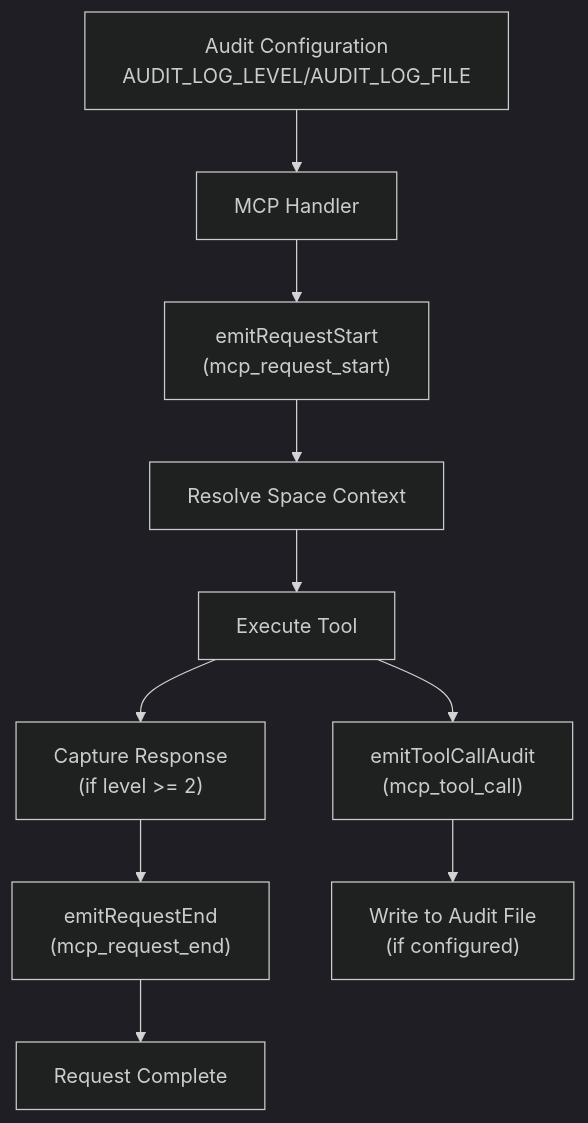
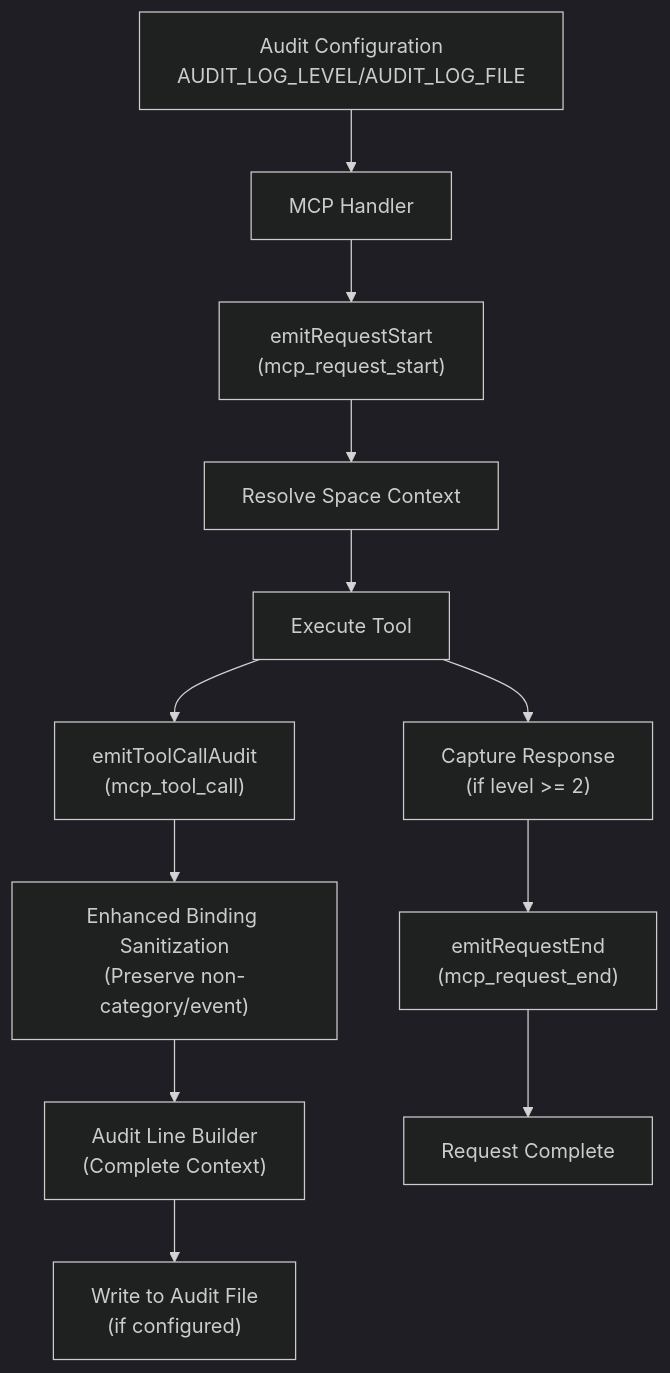
One commit to debian777/kairos-mcp changed the sixth of 7 diagrams in .qoder/repowiki/en/content/Monitoring & Observability.md. Above: the diagram before and after it, drawn with Mermaid (dark theme). The commit also changed other lines of this file and 4 other files, not shown here.

````diff
--- a/.qoder/repowiki/en/content/Monitoring & Observability.md
+++ b/.qoder/repowiki/en/content/Monitoring & Observability.md
@@ -411,12 +431,14 @@
 ```mermaid
 flowchart TD
 Config["Audit Configuration<br/>AUDIT_LOG_LEVEL/AUDIT_LOG_FILE"] --> Handler["MCP Handler"]
 Handler --> Start["emitRequestStart<br/>(mcp_request_start)"]
 Start --> Context["Resolve Space Context"]
 Context --> Tool["Execute Tool"]
 Tool --> Response["Capture Response<br/>(if level >= 2)"]
 Response --> End["emitRequestEnd<br/>(mcp_request_end)"]
 Tool --> Call["emitToolCallAudit<br/>(mcp_tool_call)"]
-Call --> File["Write to Audit File<br/>(if configured)"]
+Call --> Sanitize["Enhanced Binding Sanitization<br/>(Preserve non-category/event)"]
+Sanitize --> Build["Audit Line Builder<br/>(Complete Context)"]
+Build --> File["Write to Audit File<br/>(if configured)"]
 End --> Complete["Request Complete"]
 ```
````
